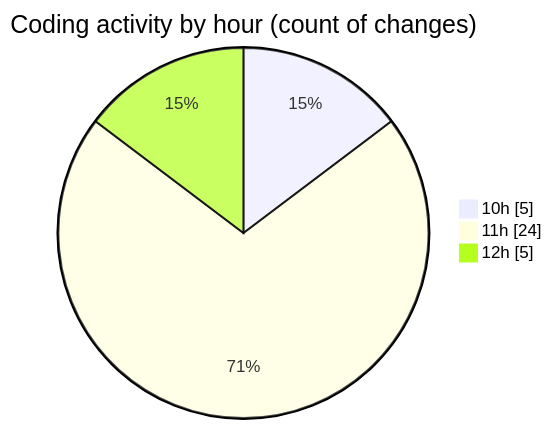
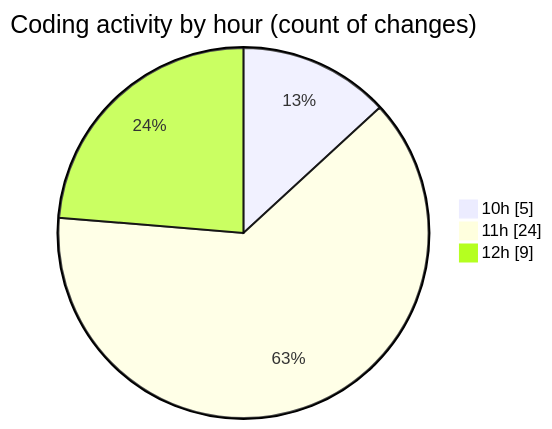
Before and after one commit to nxtqubesakshisongat/code-tracking: the second of 2 diagrams in 2025-06-21/nxtqube_webapp/README.md, drawn with Mermaid. The commit also changed other lines of this file and 1 other file, not shown here.

````diff
--- a/2025-06-21/nxtqube_webapp/README.md
+++ b/2025-06-21/nxtqube_webapp/README.md
@@ -32,7 +32,7 @@
 ```mermaid
 pie showData
 title Coding activity by hour (count of changes)
 "10h" : 5
 "11h" : 24
-"12h" : 5
+"12h" : 9
 ```
````
